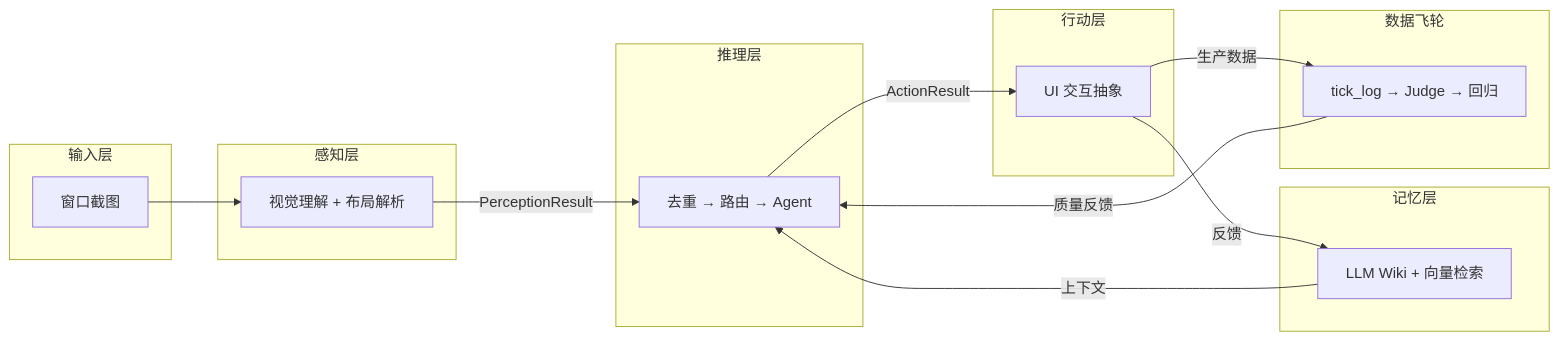
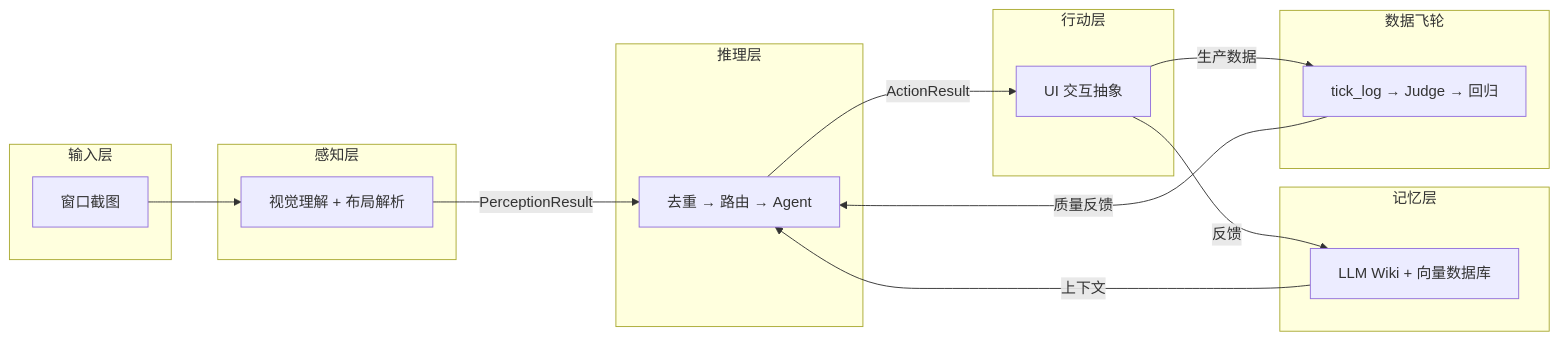
The first of 6 diagrams in README.md (899ms/wechat-mac-rpa), drawn with Mermaid before and after one commit. The commit also changed other lines of this file and 1 other file, not shown here.

````diff
--- a/README.md
+++ b/README.md
@@ -13,34 +13,34 @@
 ```mermaid
 graph LR
     subgraph Input["输入层"]
         C[窗口截图]
     end
 
     subgraph Perception["感知层"]
         P[视觉理解 + 布局解析]
     end
 
     subgraph Reasoning["推理层"]
         R[去重 → 路由 → Agent]
     end
 
     subgraph Action["行动层"]
         A[UI 交互抽象]
     end
 
     subgraph Memory["记忆层"]
-        M[LLM Wiki + 向量检索]
+        M[LLM Wiki + 向量数据库]
     end
 
     subgraph Flywheel["数据飞轮"]
         D[tick_log → Judge → 回归]
     end
 
     C --> P
     P -->|PerceptionResult| R
     R -->|ActionResult| A
     A -->|反馈| M
     M -->|上下文| R
     A -->|生产数据| D
     D -->|质量反馈| R
 ```
````
